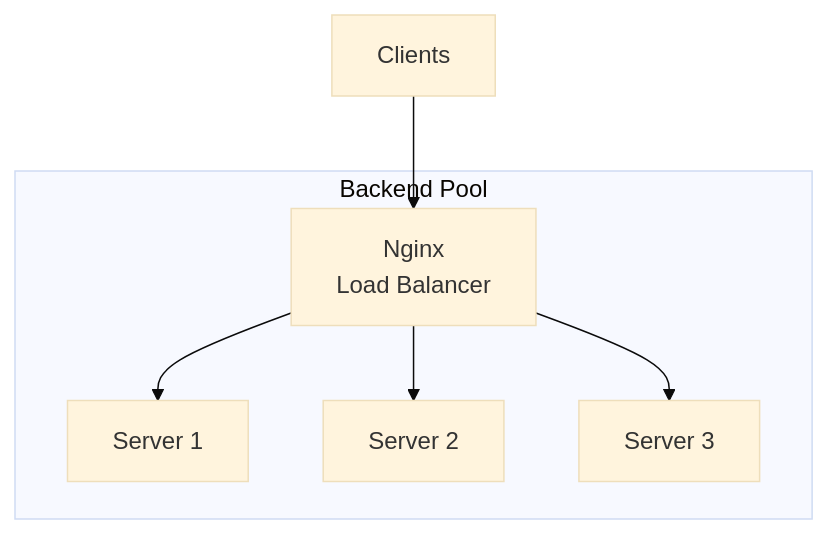
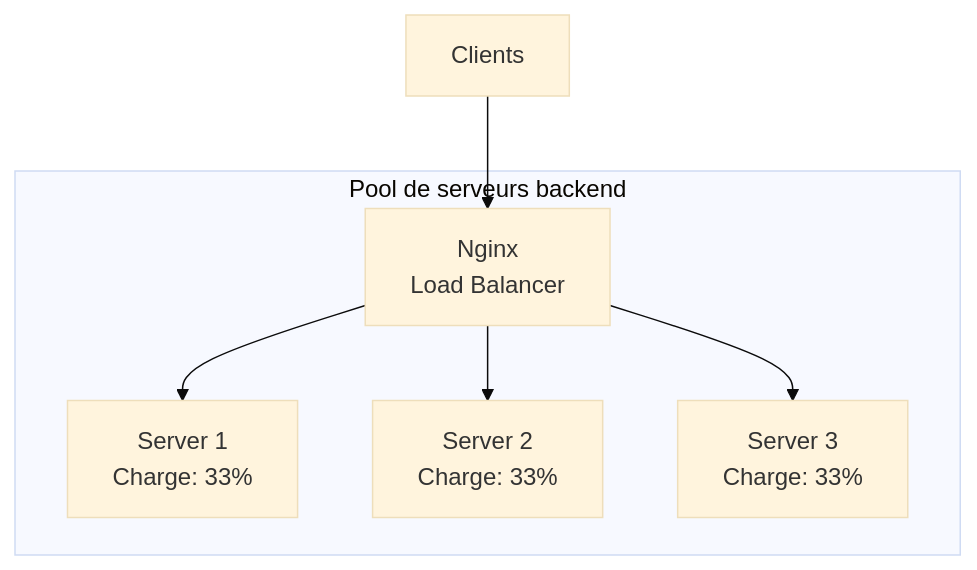
One commit to haythem-rehouma/deploiement-de-solutions-de-donnees changed the first of 8 diagrams in 04-docker-swarm-nginx/10-nginx-load-balancer-securite.md. Above: the diagram before and after it, drawn with Mermaid (base theme). The commit also changed other lines of this file and 9 other files, not shown here.

````diff
--- a/04-docker-swarm-nginx/10-nginx-load-balancer-securite.md
+++ b/04-docker-swarm-nginx/10-nginx-load-balancer-securite.md
@@ -14,10 +29,10 @@
 ```mermaid
 graph TB
     CLIENT[Clients] --> LB[Nginx<br/>Load Balancer]
     
-    subgraph "Backend Pool"
-        LB --> S1[Server 1]
-        LB --> S2[Server 2]
-        LB --> S3[Server 3]
+    subgraph "Pool de serveurs backend"
+        LB --> S1[Server 1<br/>Charge: 33%]
+        LB --> S2[Server 2<br/>Charge: 33%]
+        LB --> S3[Server 3<br/>Charge: 33%]
     end
 ```
````
